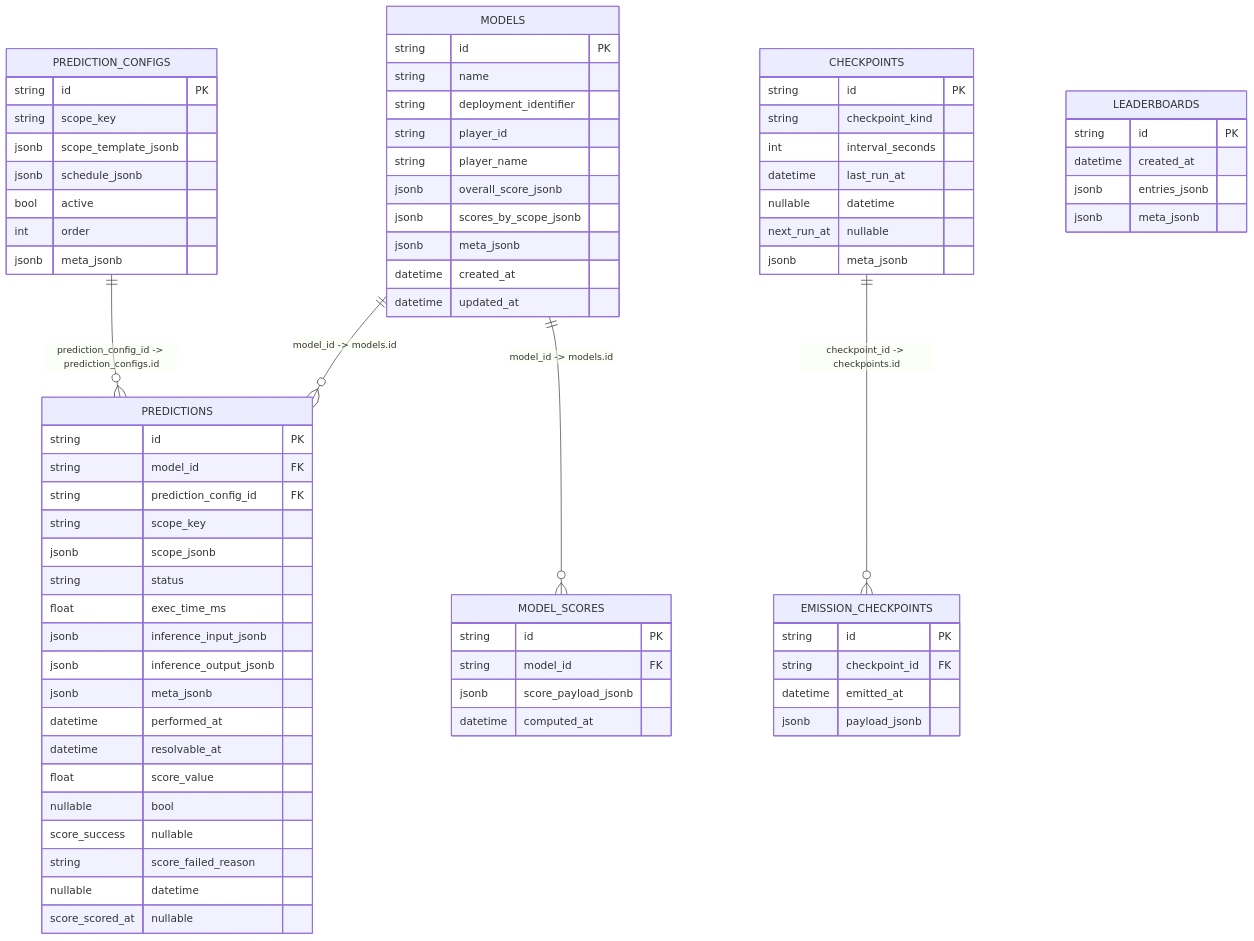
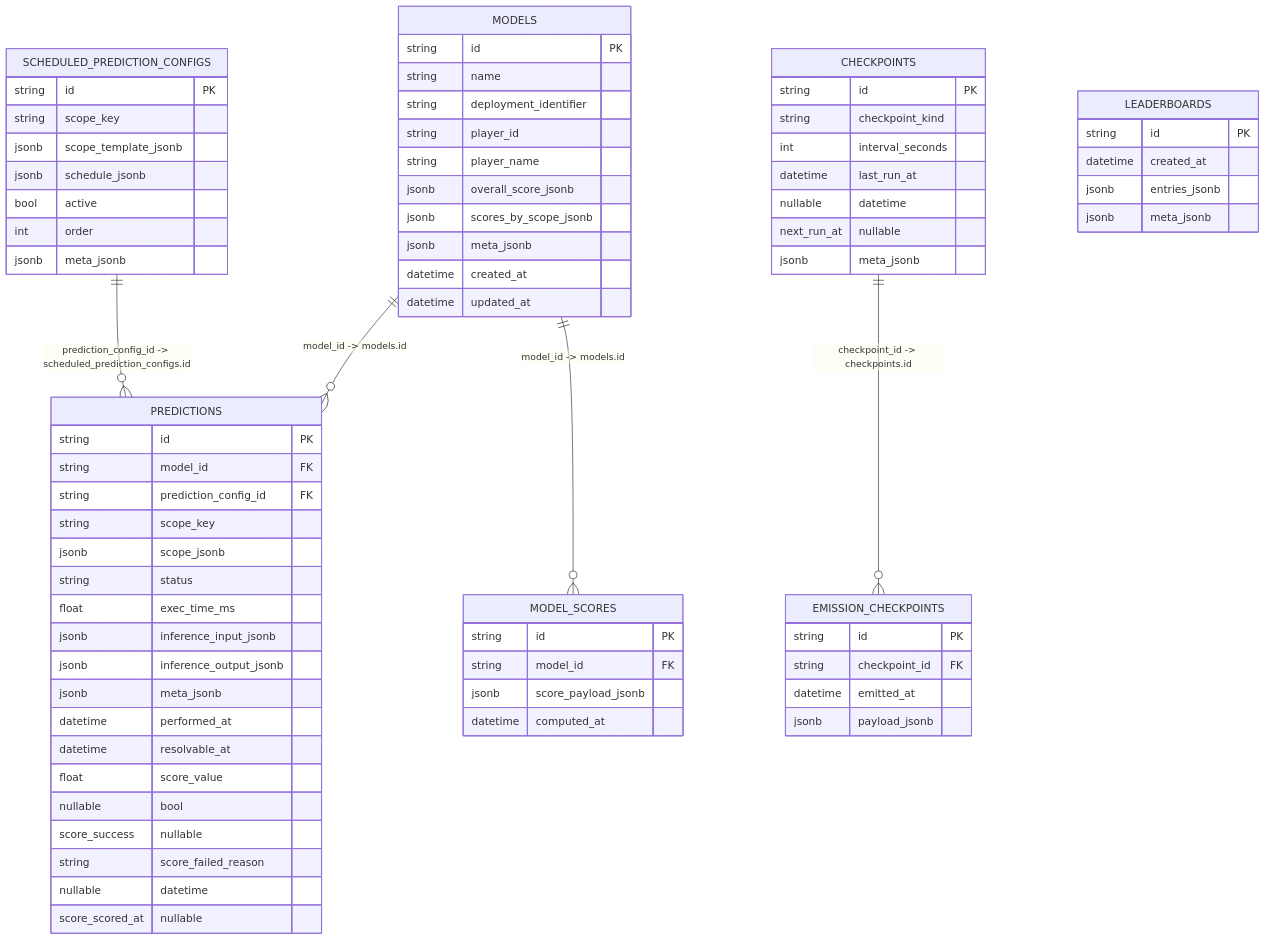
Before and after one commit to crunchdao/coordinator-node-starter: the diagram in docs/DATABASE_SCHEMA.md, drawn with Mermaid. The commit also changed 8 other files, not shown here.

Commit message:
docs: add onboarding guide and rename prediction config table

````diff
--- a/docs/DATABASE_SCHEMA.md
+++ b/docs/DATABASE_SCHEMA.md
@@ -9,79 +9,79 @@
 ```mermaid
 erDiagram
     MODELS ||--o{ PREDICTIONS : "model_id -> models.id"
-    PREDICTION_CONFIGS ||--o{ PREDICTIONS : "prediction_config_id -> prediction_configs.id"
+    SCHEDULED_PREDICTION_CONFIGS ||--o{ PREDICTIONS : "prediction_config_id -> scheduled_prediction_configs.id"
     MODELS ||--o{ MODEL_SCORES : "model_id -> models.id"
     CHECKPOINTS ||--o{ EMISSION_CHECKPOINTS : "checkpoint_id -> checkpoints.id"
 
     MODELS {
         string id PK
         string name
         string deployment_identifier
         string player_id
         string player_name
         jsonb overall_score_jsonb
         jsonb scores_by_scope_jsonb
         jsonb meta_jsonb
         datetime created_at
         datetime updated_at
     }
 
-    PREDICTION_CONFIGS {
+    SCHEDULED_PREDICTION_CONFIGS {
         string id PK
         string scope_key
         jsonb scope_template_jsonb
         jsonb schedule_jsonb
         bool active
         int order
         jsonb meta_jsonb
     }
 
     PREDICTIONS {
         string id PK
         string model_id FK
         string prediction_config_id FK
         string scope_key
         jsonb scope_jsonb
         string status
         float exec_time_ms
         jsonb inference_input_jsonb
         jsonb inference_output_jsonb
         jsonb meta_jsonb
         datetime performed_at
         datetime resolvable_at
         float score_value nullable
         bool score_success nullable
         string score_failed_reason nullable
         datetime score_scored_at nullable
     }
 
     MODEL_SCORES {
         string id PK
         string model_id FK
         jsonb score_payload_jsonb
         datetime computed_at
     }
 
     LEADERBOARDS {
         string id PK
         datetime created_at
         jsonb entries_jsonb
         jsonb meta_jsonb
     }
 
     CHECKPOINTS {
         string id PK
         string checkpoint_kind
         int interval_seconds
         datetime last_run_at nullable
         datetime next_run_at nullable
         jsonb meta_jsonb
     }
 
     EMISSION_CHECKPOINTS {
         string id PK
         string checkpoint_id FK
         datetime emitted_at
         jsonb payload_jsonb
     }
 ```
````
